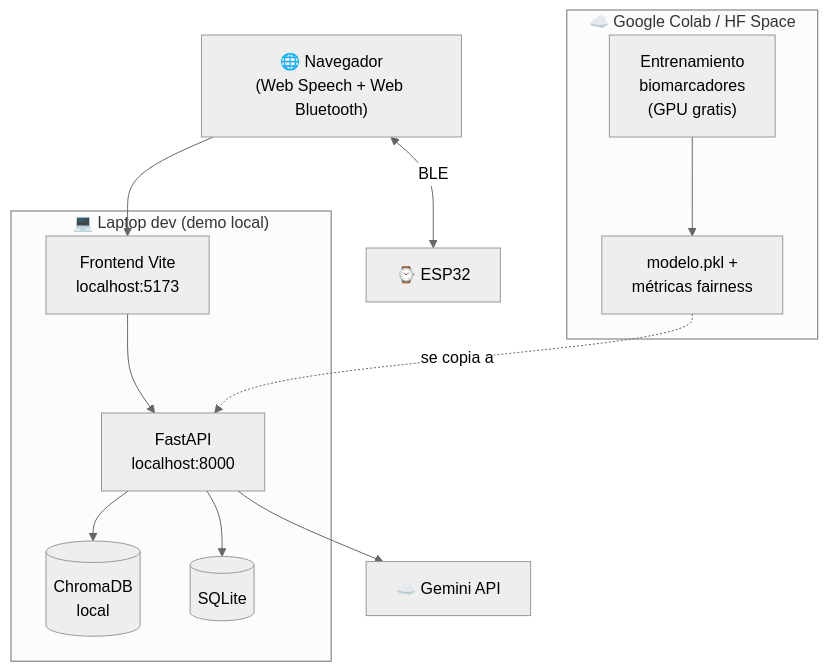
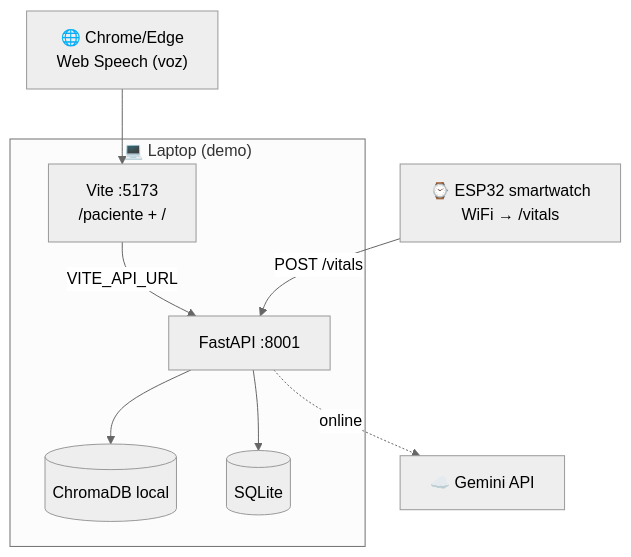
The eighth of 8 diagrams in docs/diagrams/arquitectura.md (AUntiveros/hackathon_javeriana_2026_G5), drawn with Mermaid (neutral theme) before and after one commit. The commit also changed other lines of this file, not shown here.

First line of the commit message:
Actualizar diagramas al alcance vigente (post-pivote)

````diff
--- a/docs/diagrams/arquitectura.md
+++ b/docs/diagrams/arquitectura.md
@@ -222,25 +213,17 @@
 ```mermaid
 graph TB
-    subgraph Laptop["💻 Laptop dev (demo local)"]
-        FE["Frontend Vite<br/>localhost:5173"]
-        BE["FastAPI<br/>localhost:8000"]
-        CH[("ChromaDB<br/>local")]
+    subgraph Laptop["💻 Laptop (demo)"]
+        FE["Vite :5173<br/>/paciente + /"]
+        BE["FastAPI :8001"]
+        CH[("ChromaDB local")]
         SQ[("SQLite")]
     end
+    NAV["🌐 Chrome/Edge<br/>Web Speech (voz)"]
+    SW["⌚ ESP32 smartwatch<br/>WiFi → /vitals"]
+    GEM["☁️ Gemini API"]
 
-    subgraph Colab["☁️ Google Colab / HF Space"]
-        TRAIN["Entrenamiento<br/>biomarcadores<br/>(GPU gratis)"]
-        MODEL["modelo.pkl +<br/>métricas fairness"]
-    end
-
-    NAV["🌐 Navegador<br/>(Web Speech + Web Bluetooth)"]
-    ESP["⌚ ESP32"]
-    GEMINI["☁️ Gemini API"]
-
-    NAV --> FE --> BE
+    NAV --> FE -->|VITE_API_URL| BE
     BE --> CH & SQ
-    BE --> GEMINI
-    NAV <-->|BLE| ESP
-    TRAIN --> MODEL
-    MODEL -.->|se copia a| BE
+    BE -.->|online| GEM
+    SW -->|POST /vitals| BE
 ```
````
